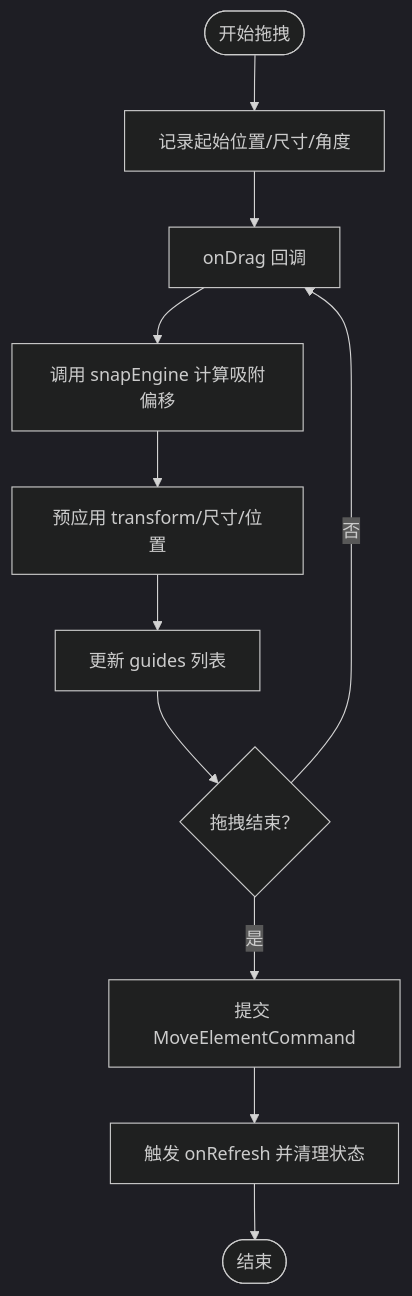
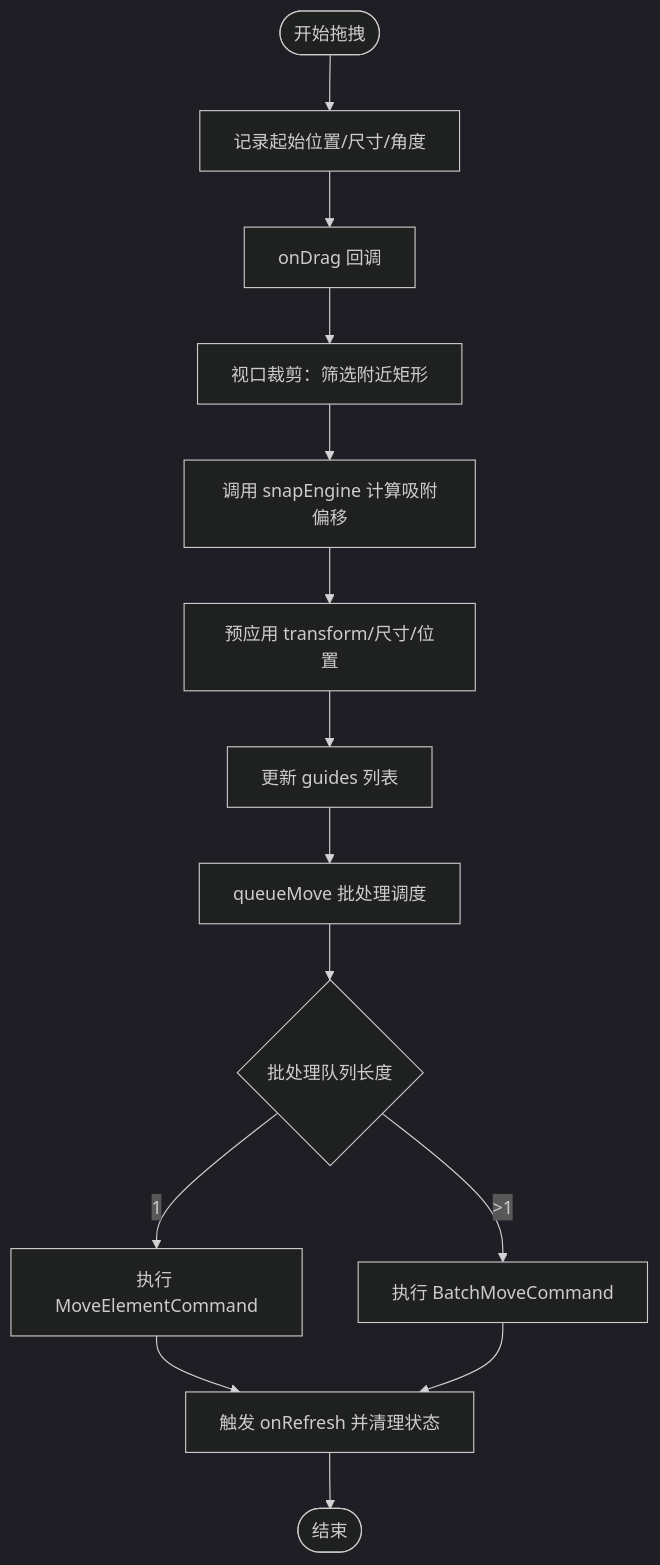
The third of 8 diagrams in .qoder/repowiki/zh/content/UI组件系统/移动控制层 (MoveableLayer).md (Anna0314zy/ai_editor_enginer), drawn with Mermaid (dark theme) before and after one commit. The commit also changed other lines of this file and 7 other files, not shown here.

````diff
--- a/.qoder/repowiki/zh/content/UI组件系统/移动控制层 (MoveableLayer).md
+++ b/.qoder/repowiki/zh/content/UI组件系统/移动控制层 (MoveableLayer).md
@@ -160,13 +167,16 @@
 ```mermaid
 flowchart TD
 Start(["开始拖拽"]) --> GetStart["记录起始位置/尺寸/角度"]
 GetStart --> OnDrag["onDrag 回调"]
-OnDrag --> ComputeSnap["调用 snapEngine 计算吸附偏移"]
+OnDrag --> ViewportCulling["视口裁剪：筛选附近矩形"]
+ViewportCulling --> ComputeSnap["调用 snapEngine 计算吸附偏移"]
 ComputeSnap --> ApplyTemp["预应用 transform/尺寸/位置"]
 ApplyTemp --> UpdateGuides["更新 guides 列表"]
-UpdateGuides --> DragEnd{"拖拽结束？"}
-DragEnd --> |否| OnDrag
-DragEnd --> |是| Commit["提交 MoveElementCommand"]
-Commit --> Refresh["触发 onRefresh 并清理状态"]
+UpdateGuides --> QueueMove["queueMove 批处理调度"]
+QueueMove --> BatchCheck{"批处理队列长度"}
+BatchCheck --> |1| SingleCommand["执行 MoveElementCommand"]
+BatchCheck --> |>1| BatchCommand["执行 BatchMoveCommand"]
+SingleCommand --> Refresh["触发 onRefresh 并清理状态"]
+BatchCommand --> Refresh
 Refresh --> End(["结束"])
 ```
````
